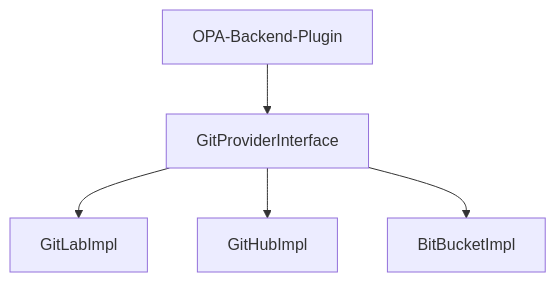
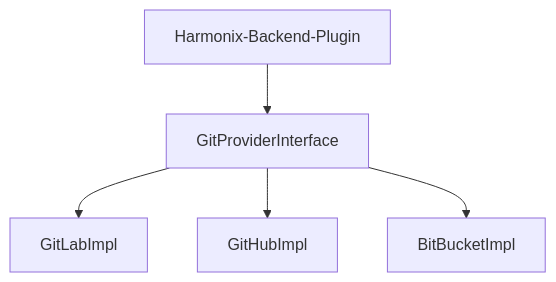
Before and after one commit to awslabs/harmonix: the diagram in website/docs/integration/git.md, drawn with Mermaid. The commit also changed other lines of this file and 51 other files, not shown here.

````diff
--- a/website/docs/integration/git.md
+++ b/website/docs/integration/git.md
@@ -13,7 +13,7 @@
 ```mermaid
 graph TD;
     GitProviderInterface-->GitLabImpl;
     GitProviderInterface-->GitHubImpl;
     GitProviderInterface-->BitBucketImpl;
-    OPA-Backend-Plugin-->GitProviderInterface
+    Harmonix-Backend-Plugin-->GitProviderInterface
 ```
````
